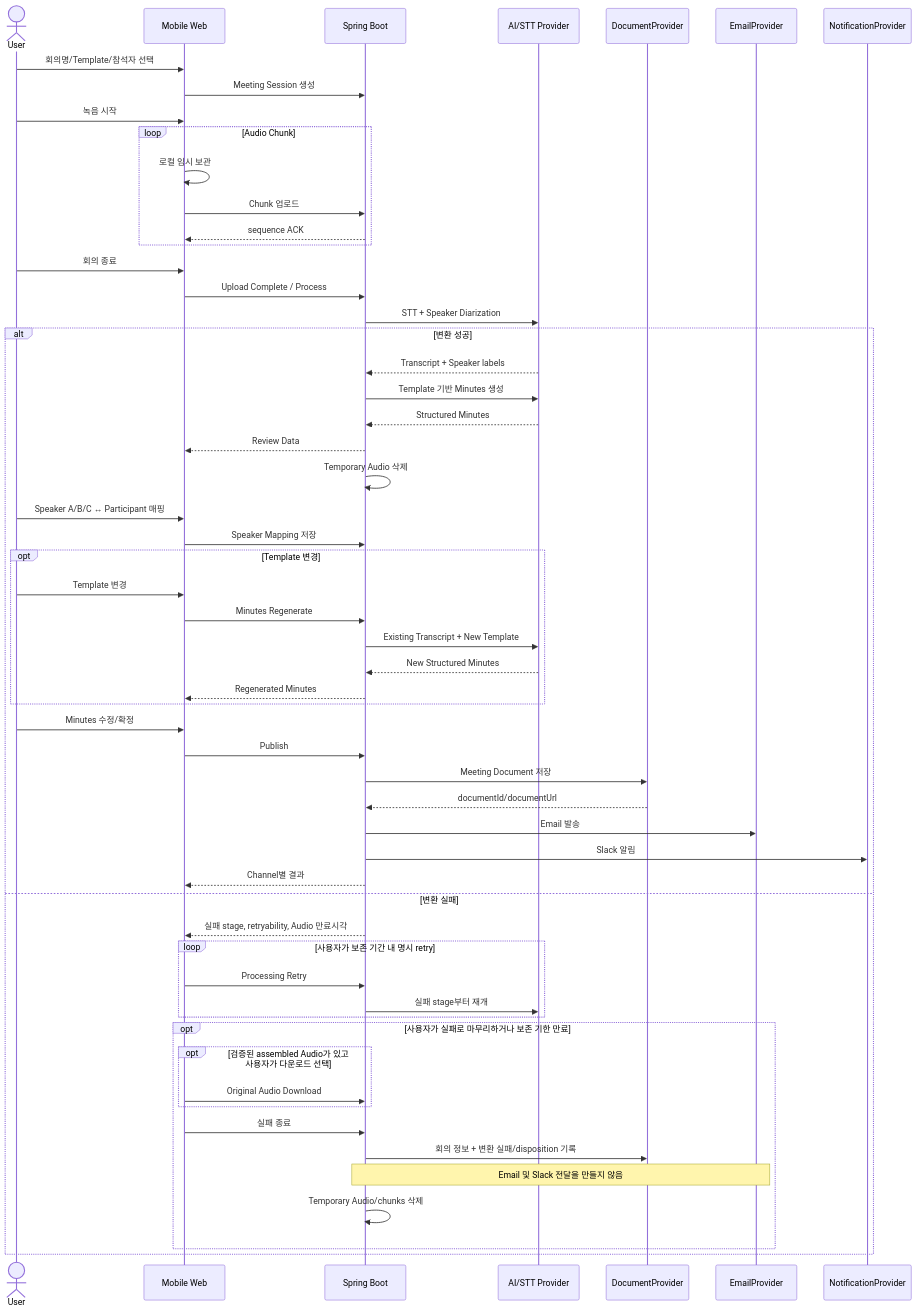
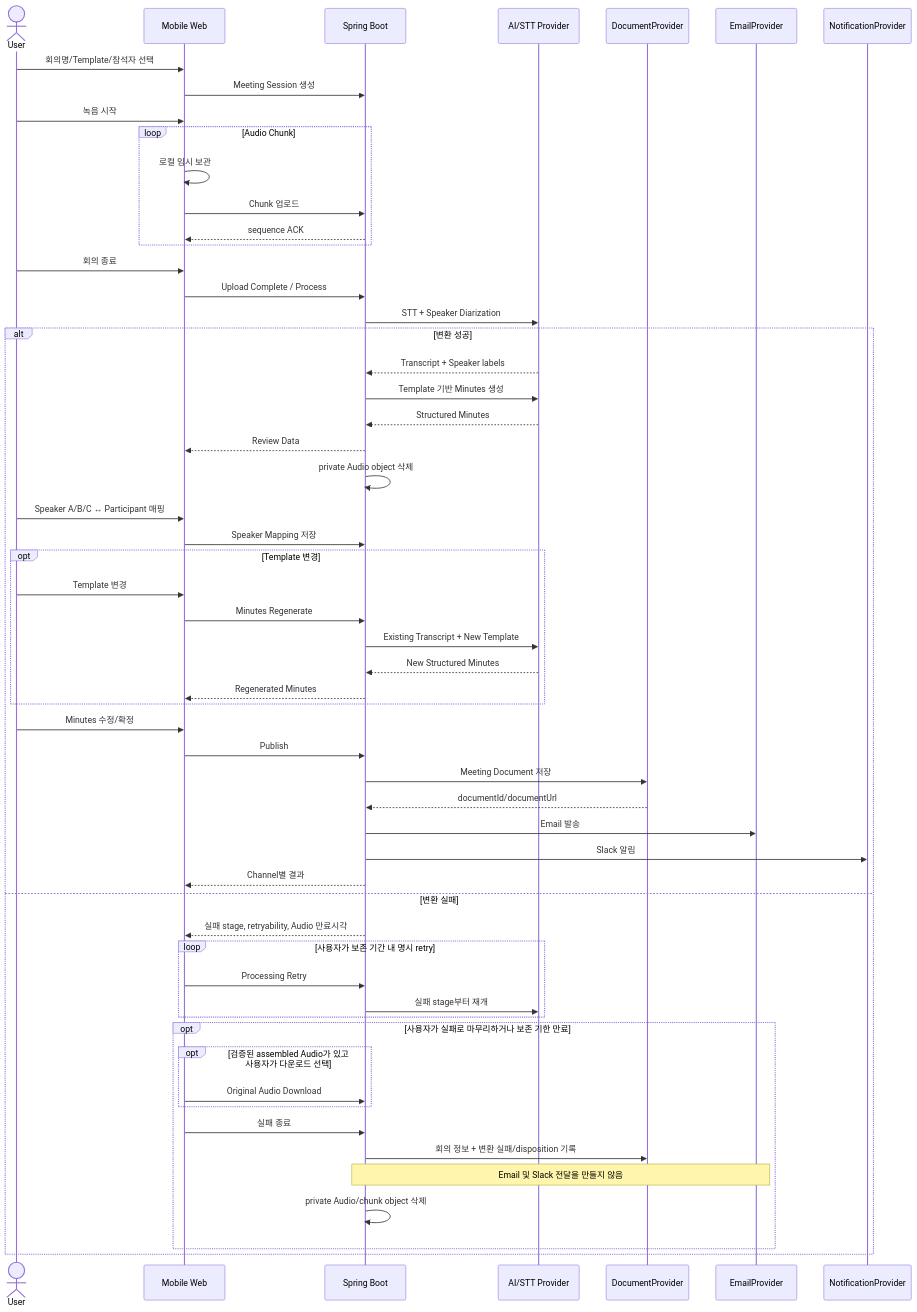
The third of 7 diagrams in docs/product/PRD.md (donghyunlee-dev/meeting-automation), drawn with Mermaid before and after one commit. The commit also changed other lines of this file and 11 other files, not shown here.

````diff
--- a/docs/product/PRD.md
+++ b/docs/product/PRD.md
@@ -370,65 +372,65 @@
 ``` mermaid
 sequenceDiagram
     actor U as User
     participant W as Mobile Web
     participant B as Spring Boot
     participant A as AI/STT Provider
     participant D as DocumentProvider
     participant E as EmailProvider
     participant N as NotificationProvider
 
     U->>W: 회의명/Template/참석자 선택
     W->>B: Meeting Session 생성
     U->>W: 녹음 시작
 
     loop Audio Chunk
         W->>W: 로컬 임시 보관
         W->>B: Chunk 업로드
         B-->>W: sequence ACK
     end
 
     U->>W: 회의 종료
     W->>B: Upload Complete / Process
     B->>A: STT + Speaker Diarization
     alt 변환 성공
         A-->>B: Transcript + Speaker labels
         B->>A: Template 기반 Minutes 생성
         A-->>B: Structured Minutes
         B-->>W: Review Data
-        B->>B: Temporary Audio 삭제
+        B->>B: private Audio object 삭제
 
         U->>W: Speaker A/B/C ↔ Participant 매핑
         W->>B: Speaker Mapping 저장
 
         opt Template 변경
             U->>W: Template 변경
             W->>B: Minutes Regenerate
             B->>A: Existing Transcript + New Template
             A-->>B: New Structured Minutes
             B-->>W: Regenerated Minutes
         end
 
         U->>W: Minutes 수정/확정
         W->>B: Publish
         B->>D: Meeting Document 저장
         D-->>B: documentId/documentUrl
         B->>E: Email 발송
         B->>N: Slack 알림
         B-->>W: Channel별 결과
     else 변환 실패
         B-->>W: 실패 stage, retryability, Audio 만료시각
         loop 사용자가 보존 기간 내 명시 retry
             W->>B: Processing Retry
             B->>A: 실패 stage부터 재개
         end
         opt 사용자가 실패로 마무리하거나 보존 기한 만료
             opt 검증된 assembled Audio가 있고 사용자가 다운로드 선택
                 W->>B: Original Audio Download
             end
             W->>B: 실패 종료
             B->>D: 회의 정보 + 변환 실패/disposition 기록
             Note over B,E: Email 및 Slack 전달을 만들지 않음
-            B->>B: Temporary Audio/chunks 삭제
+            B->>B: private Audio/chunk object 삭제
         end
     end
 ```
````
